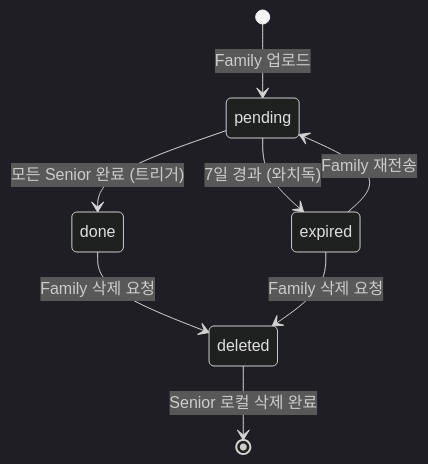
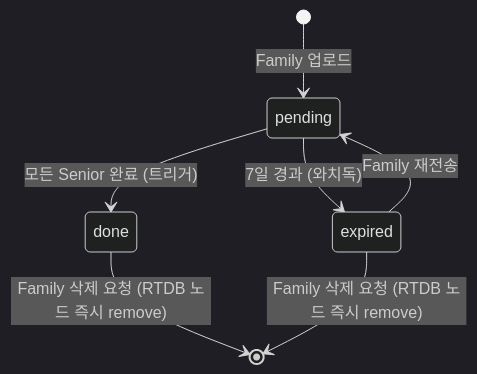
Before and after one commit to HANSOLJJ/senior_care_family: the sixth of 12 diagrams in docs/datachannel-photo-transfer.md, drawn with Mermaid (dark theme). The commit also changed other lines of this file and 1 other file, not shown here.

First line of the commit message:
docs: 사진/알림 동기화 시나리오 다이어그램 추가 + AP spec 업데이트

````diff
--- a/docs/datachannel-photo-transfer.md
+++ b/docs/datachannel-photo-transfer.md
@@ -332,14 +334,12 @@
 ```mermaid
 stateDiagram-v2
     [*] --> pending: Family 업로드
 
     pending --> done: 모든 Senior 완료 (트리거)
     pending --> expired: 7일 경과 (와치독)
 
     expired --> pending: Family 재전송
 
-    done --> deleted: Family 삭제 요청
-    expired --> deleted: Family 삭제 요청
-
-    deleted --> [*]: Senior 로컬 삭제 완료
+    done --> [*]: Family 삭제 요청 (RTDB 노드 즉시 remove)
+    expired --> [*]: Family 삭제 요청 (RTDB 노드 즉시 remove)
 ```
````
